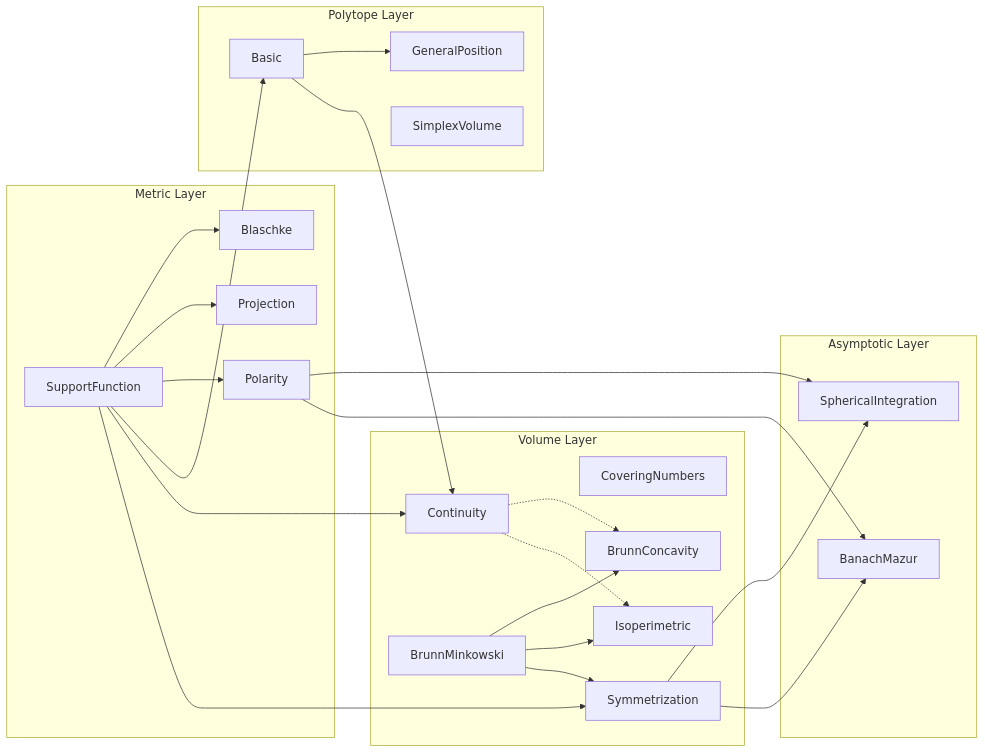
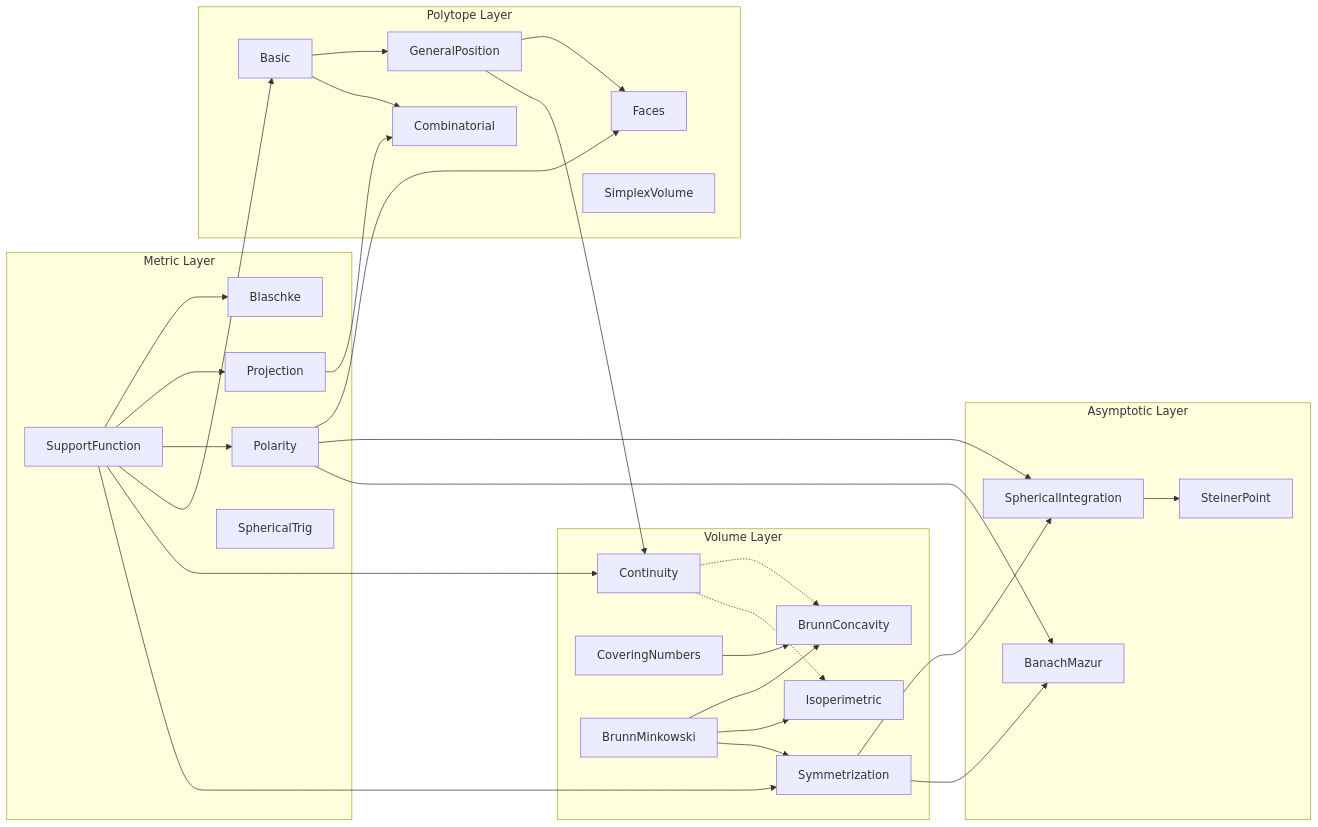
One commit to egor1729/lean-convex-geometry changed the diagram in docs/MODULES.md. Above: the diagram before and after it, drawn with Mermaid. The commit also changed other lines of this file and 2 other files, not shown here.

Commit message:
Update README, MODULES, and ROADMAP for new modules and theorems

````diff
--- a/docs/MODULES.md
+++ b/docs/MODULES.md
@@ -49,47 +53,57 @@
 ```mermaid
 flowchart LR
     subgraph Metric["Metric Layer"]
         SF["SupportFunction"]
         BL["Blaschke"]
         PR["Projection"]
         PO["Polarity"]
+        ST["SphericalTrig"]
         SF --> BL
         SF --> PR
         SF --> PO
     end
 
     subgraph Polytope["Polytope Layer"]
         PY["Basic"]
         GP["GeneralPosition"]
+        CB["Combinatorial"]
+        FA["Faces"]
         SV["SimplexVolume"]
         PY --> GP
+        PY --> CB
+        GP --> FA
     end
 
     subgraph Volume["Volume Layer"]
         VC["Continuity"]
         CN["CoveringNumbers"]
         BM["BrunnMinkowski"]
         BC["BrunnConcavity"]
         ISO["Isoperimetric"]
         SY["Symmetrization"]
         BM --> BC
+        CN --> BC
         BM --> ISO
         BM --> SY
         VC -.-> BC
         VC -.-> ISO
     end
 
     subgraph Asymptotic["Asymptotic Layer"]
         SI["SphericalIntegration"]
         BMA["BanachMazur"]
+        SP["SteinerPoint"]
+        SI --> SP
     end
 
     SF --> PY
+    PR --> CB
+    PO --> FA
     SF --> VC
-    PY --> VC
+    GP --> VC
     SF --> SY
     PO --> SI
     SY --> SI
     PO --> BMA
     SY --> BMA
 ```
````
